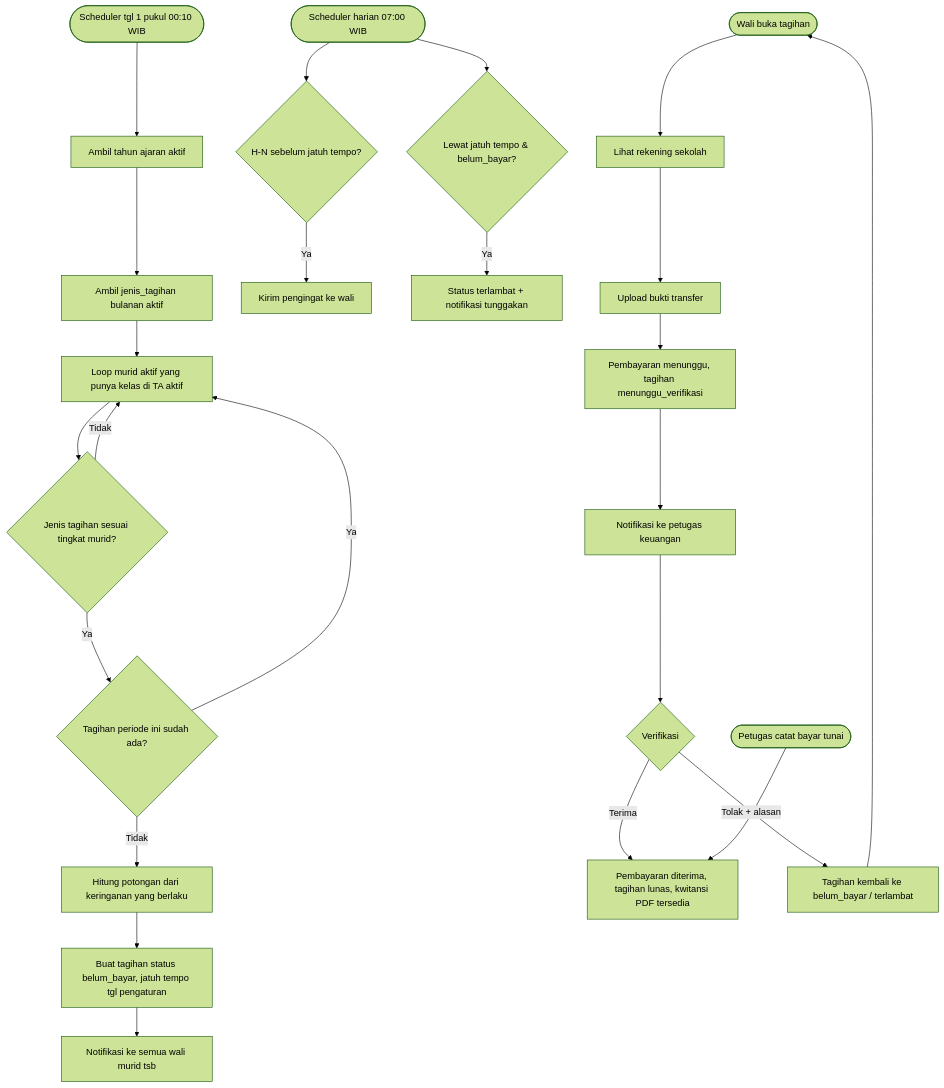
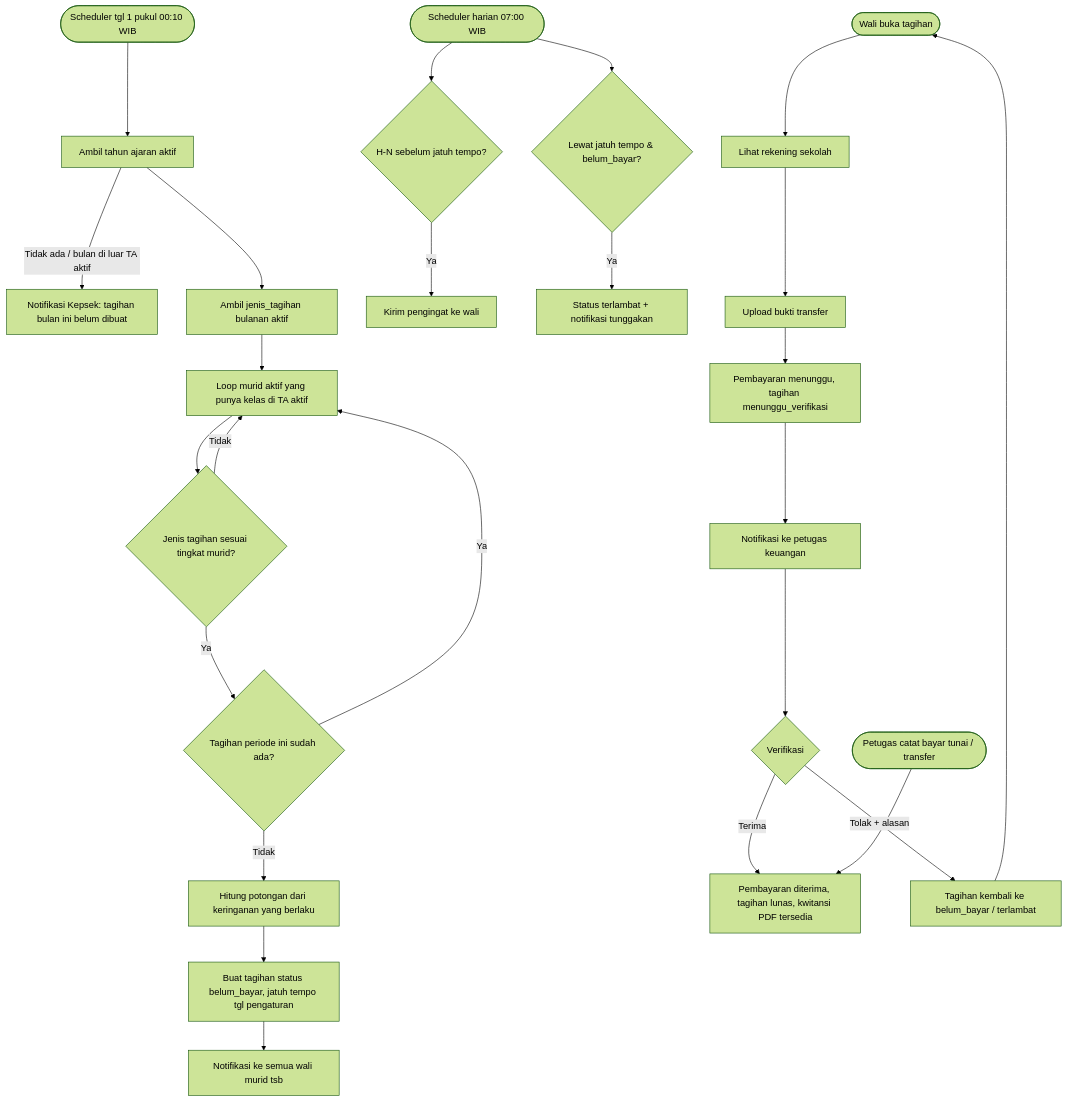
One commit to Keyanffz/TK_TA8_BE changed the third of 5 diagrams in PROMPT_BE_TK.md. Above: the diagram before and after it, drawn with Mermaid (forest theme). The commit also changed other lines of this file, not shown here.

First line of the commit message:
docs(spesifikasi): pembayaran transfer oleh petugas, notifikasi tagihan_tertunda

````diff
--- a/PROMPT_BE_TK.md
+++ b/PROMPT_BE_TK.md
@@ -312,26 +312,27 @@
 ```mermaid
 flowchart TD
     A([Scheduler tgl 1 pukul 00:10 WIB]) --> B[Ambil tahun ajaran aktif]
+    B -->|Tidak ada / bulan di luar TA aktif| B2[Notifikasi Kepsek: tagihan bulan ini belum dibuat]
     B --> C[Ambil jenis_tagihan bulanan aktif]
     C --> D[Loop murid aktif yang punya kelas di TA aktif]
     D --> E{Jenis tagihan sesuai tingkat murid?}
     E -->|Tidak| D
     E -->|Ya| F{Tagihan periode ini sudah ada?}
     F -->|Ya| D
     F -->|Tidak| G[Hitung potongan dari keringanan yang berlaku]
     G --> H[Buat tagihan status belum_bayar, jatuh tempo tgl pengaturan]
     H --> I[Notifikasi ke semua wali murid tsb]
     J([Scheduler harian 07:00 WIB]) --> K{H-N sebelum jatuh tempo?}
     K -->|Ya| L[Kirim pengingat ke wali]
     J --> M{Lewat jatuh tempo & belum_bayar?}
     M -->|Ya| N[Status terlambat + notifikasi tunggakan]
     O([Wali buka tagihan]) --> P[Lihat rekening sekolah]
     P --> Q[Upload bukti transfer]
     Q --> R[Pembayaran menunggu, tagihan menunggu_verifikasi]
     R --> S[Notifikasi ke petugas keuangan]
     S --> T{Verifikasi}
     T -->|Terima| U[Pembayaran diterima, tagihan lunas, kwitansi PDF tersedia]
     T -->|Tolak + alasan| V[Tagihan kembali ke belum_bayar / terlambat]
     V --> O
-    W([Petugas catat bayar tunai]) --> U
+    W([Petugas catat bayar tunai / transfer]) --> U
 ```
````
